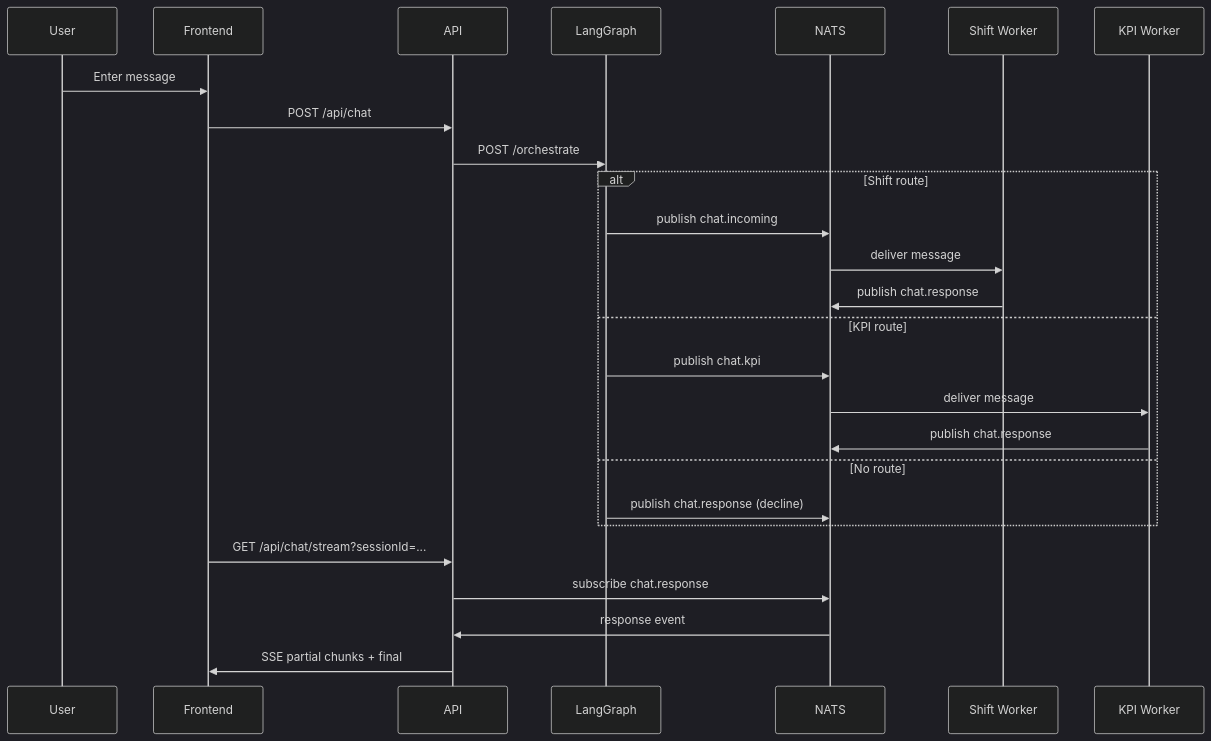
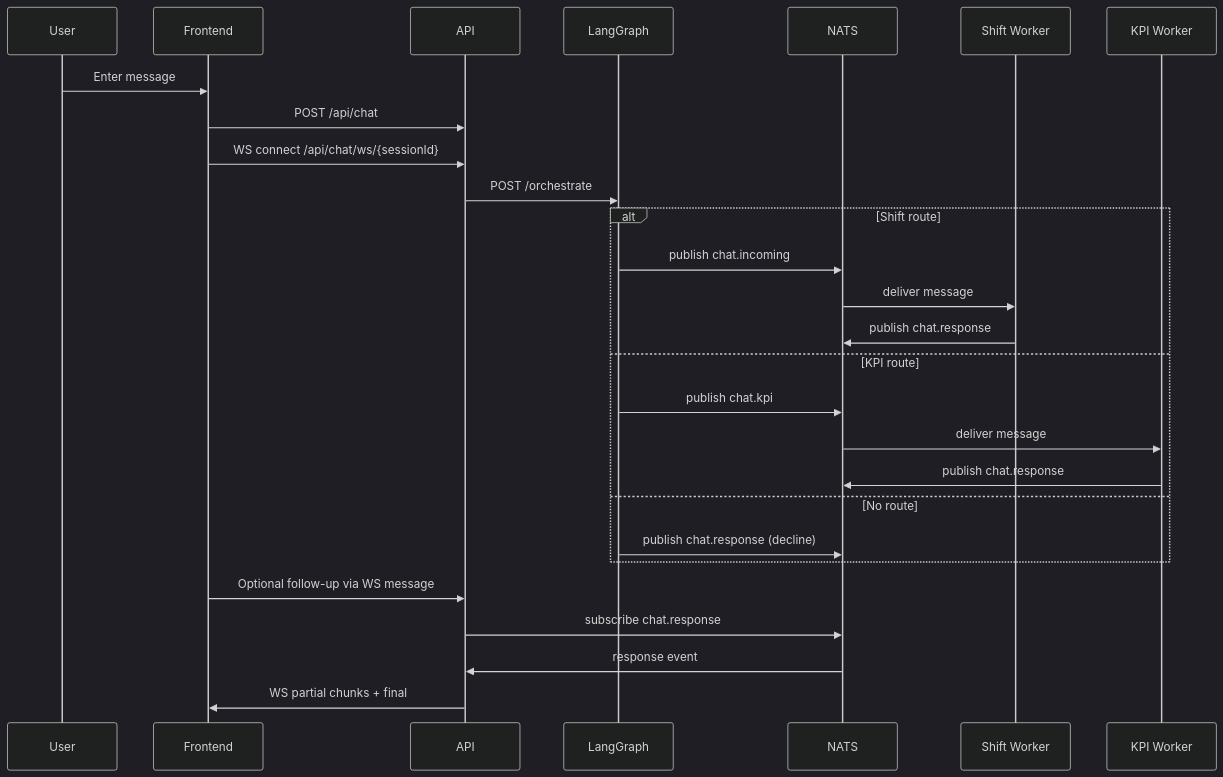
One commit to pkjanmeda/Full-Stack-App-With-AI-1 changed the second of 2 diagrams in docs/architecture.md. Above: the diagram before and after it, drawn with Mermaid (dark theme). The commit also changed other lines of this file and 11 other files, not shown here.

````diff
--- a/docs/architecture.md
+++ b/docs/architecture.md
@@ -85,31 +87,32 @@
 ```mermaid
 sequenceDiagram
   participant U as User
   participant F as Frontend
   participant A as API
   participant L as LangGraph
   participant N as NATS
   participant S as Shift Worker
   participant K as KPI Worker
 
   U->>F: Enter message
   F->>A: POST /api/chat
+  F->>A: WS connect /api/chat/ws/{sessionId}
   A->>L: POST /orchestrate
 
   alt Shift route
     L->>N: publish chat.incoming
     N->>S: deliver message
     S->>N: publish chat.response
   else KPI route
     L->>N: publish chat.kpi
     N->>K: deliver message
     K->>N: publish chat.response
   else No route
     L->>N: publish chat.response (decline)
   end
 
-  F->>A: GET /api/chat/stream?sessionId=...
+  F->>A: Optional follow-up via WS message
   A->>N: subscribe chat.response
   N->>A: response event
-  A->>F: SSE partial chunks + final
+  A->>F: WS partial chunks + final
 ```
````
